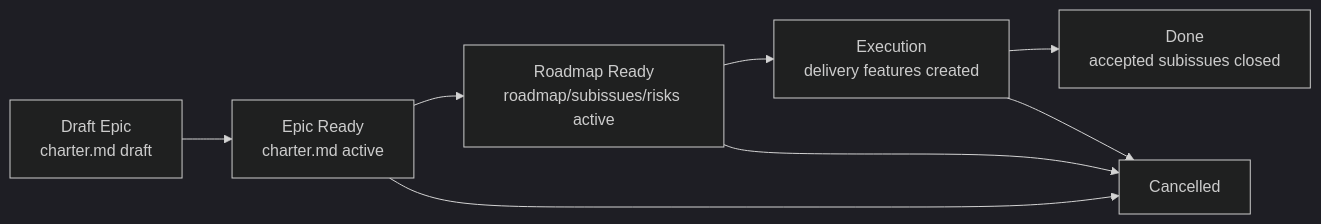
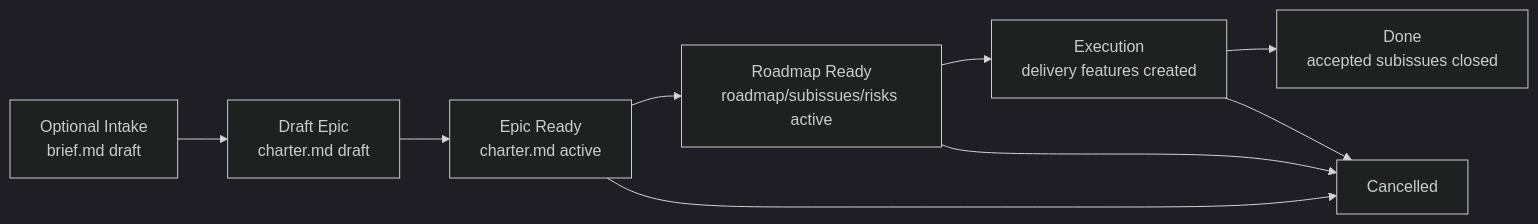
Before and after one commit to dapi/memory-bank: the diagram in memory-bank/flows/epic.md, drawn with Mermaid (dark theme). The commit also changed other lines of this file and 3 other files, not shown here.

First line of the commit message:
docs: add epic intake brief template

````diff
--- a/memory-bank/flows/epic.md
+++ b/memory-bank/flows/epic.md
@@ -72,10 +74,11 @@
 ```mermaid
 flowchart LR
+    IB["Optional Intake<br/>brief.md draft"] --> DE["Draft Epic<br/>charter.md draft"]
     DE["Draft Epic<br/>charter.md draft"] --> ER["Epic Ready<br/>charter.md active"]
     ER --> RR["Roadmap Ready<br/>roadmap/subissues/risks active"]
     RR --> EX["Execution<br/>delivery features created"]
     EX --> DN["Done<br/>accepted subissues closed"]
     ER --> CL["Cancelled"]
     RR --> CL
     EX --> CL
 ```
````
